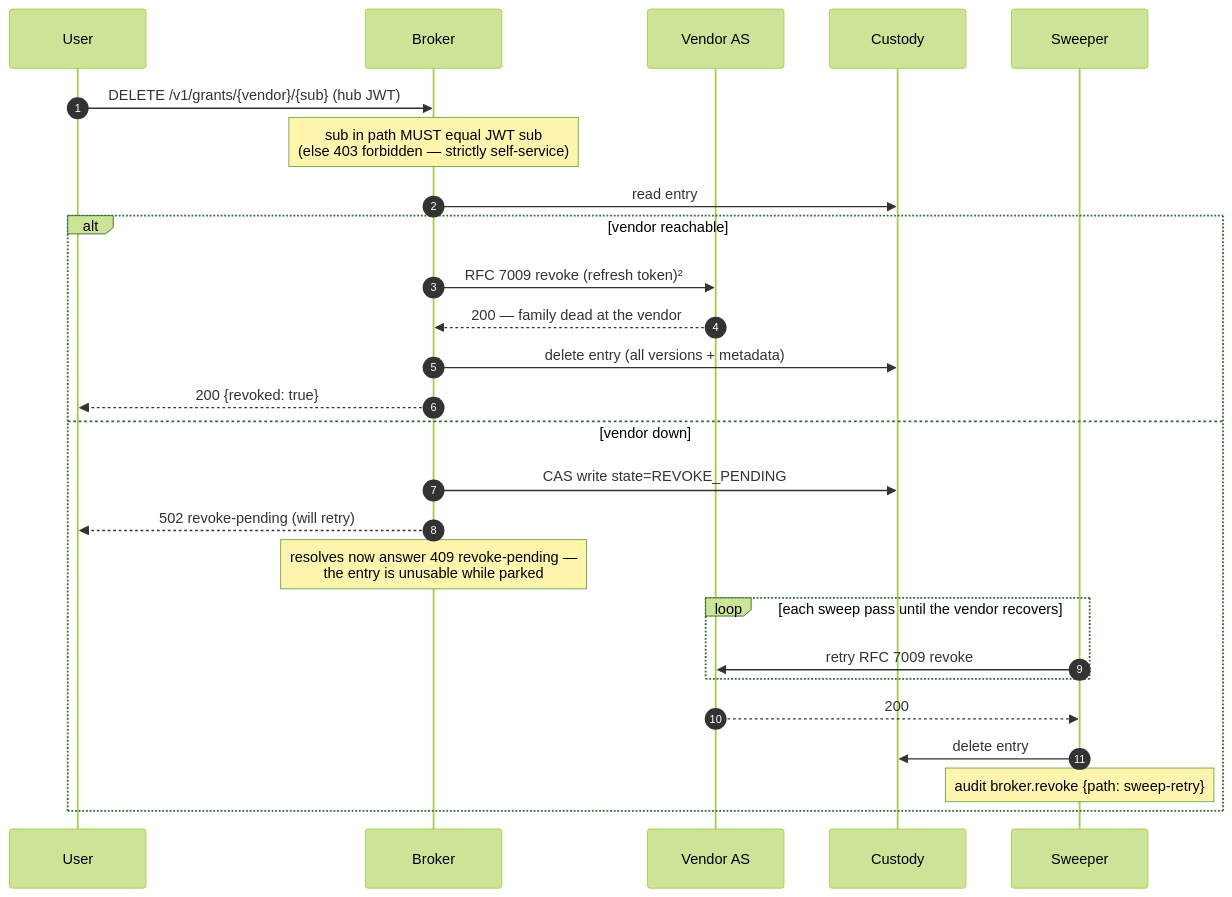
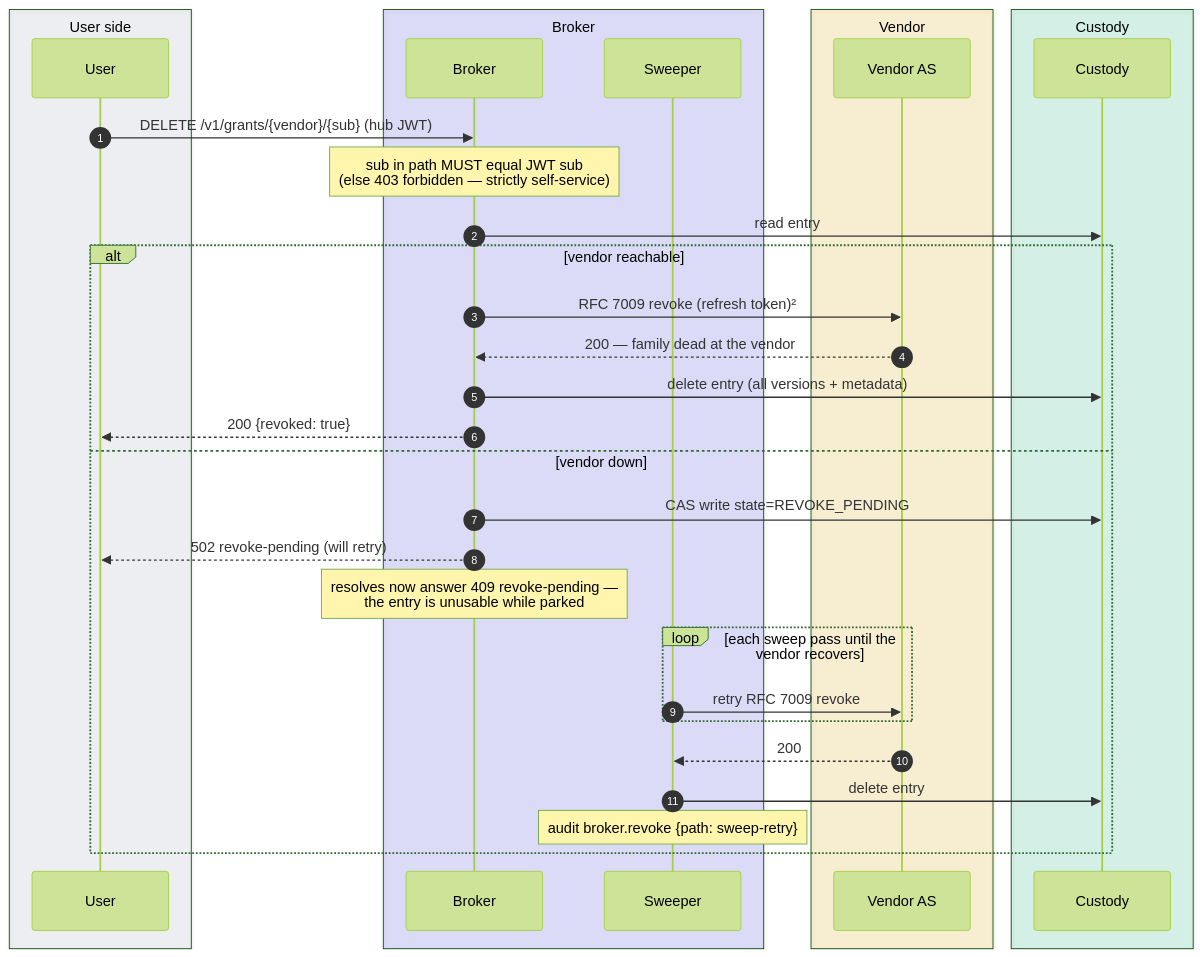
The ninth of 10 diagrams in docs/token-lifecycle.md (chief-builder/vendor-token-broker), drawn with Mermaid (forest theme) before and after one commit. The commit also changed other lines of this file and 1 other file, not shown here.

First line of the commit message:
docs: theme-aware diagram colors + decluttered orientation map

````diff
--- a/docs/token-lifecycle.md
+++ b/docs/token-lifecycle.md
@@ -306,29 +376,37 @@
 ```mermaid
 sequenceDiagram
     autonumber
-    participant U as User
-    participant B as Broker
-    participant V as Vendor AS
-    participant K as Custody
-    participant S as Sweeper
+    box rgba(148,163,184,0.14) User side
+        participant U as User
+    end
+    box rgba(99,102,241,0.20) Broker
+        participant B as Broker
+        participant S as Sweeper
+    end
+    box rgba(234,179,8,0.16) Vendor
+        participant V as Vendor AS
+    end
+    box rgba(16,185,129,0.16) Custody
+        participant K as Custody
+    end
 
     U->>B: DELETE /v1/grants/{vendor}/{sub} (hub JWT)
     Note over B: sub in path MUST equal JWT sub<br/>(else 403 forbidden — strictly self-service)
     B->>K: read entry
     alt vendor reachable
         B->>V: RFC 7009 revoke (refresh token)²
         V-->>B: 200 — family dead at the vendor
         B->>K: delete entry (all versions + metadata)
         B-->>U: 200 {revoked: true}
     else vendor down
         B->>K: CAS write state=REVOKE_PENDING
         B-->>U: 502 revoke-pending (will retry)
         Note over B: resolves now answer 409 revoke-pending —<br/>the entry is unusable while parked
         loop each sweep pass until the vendor recovers
             S->>V: retry RFC 7009 revoke
         end
         V-->>S: 200
         S->>K: delete entry
         Note over S: audit broker.revoke {path: sweep-retry}
     end
 ```
````
